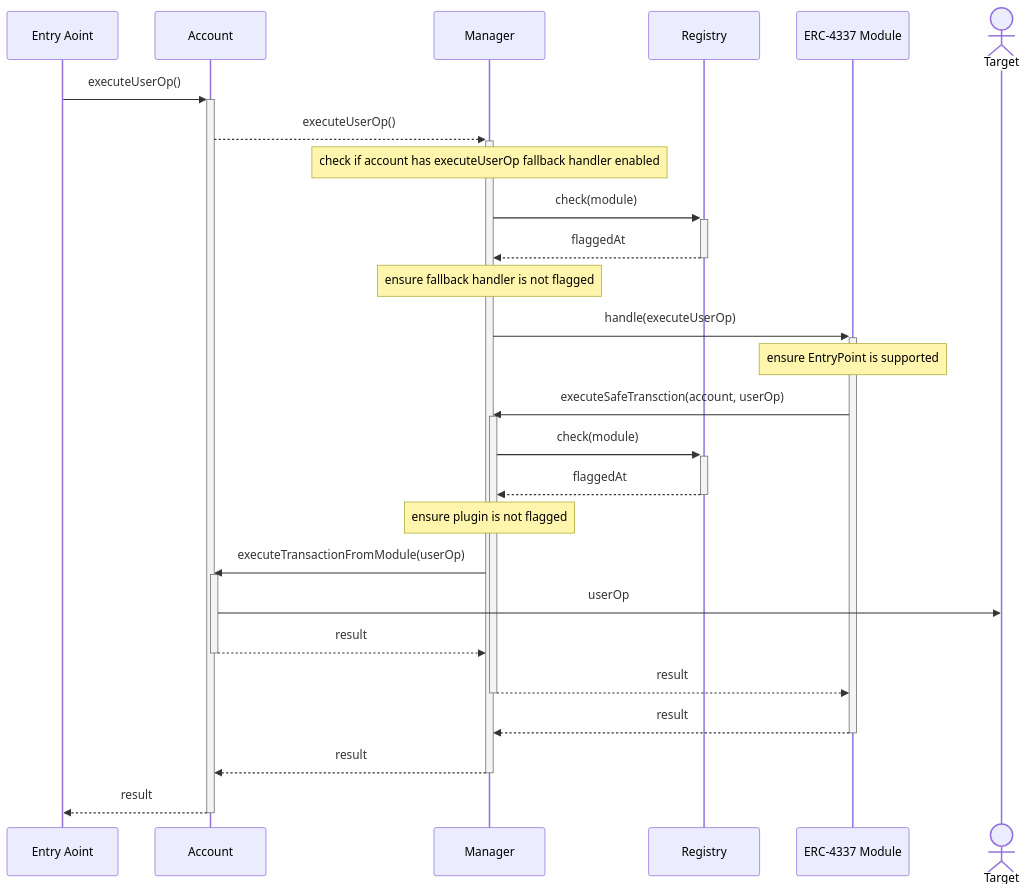
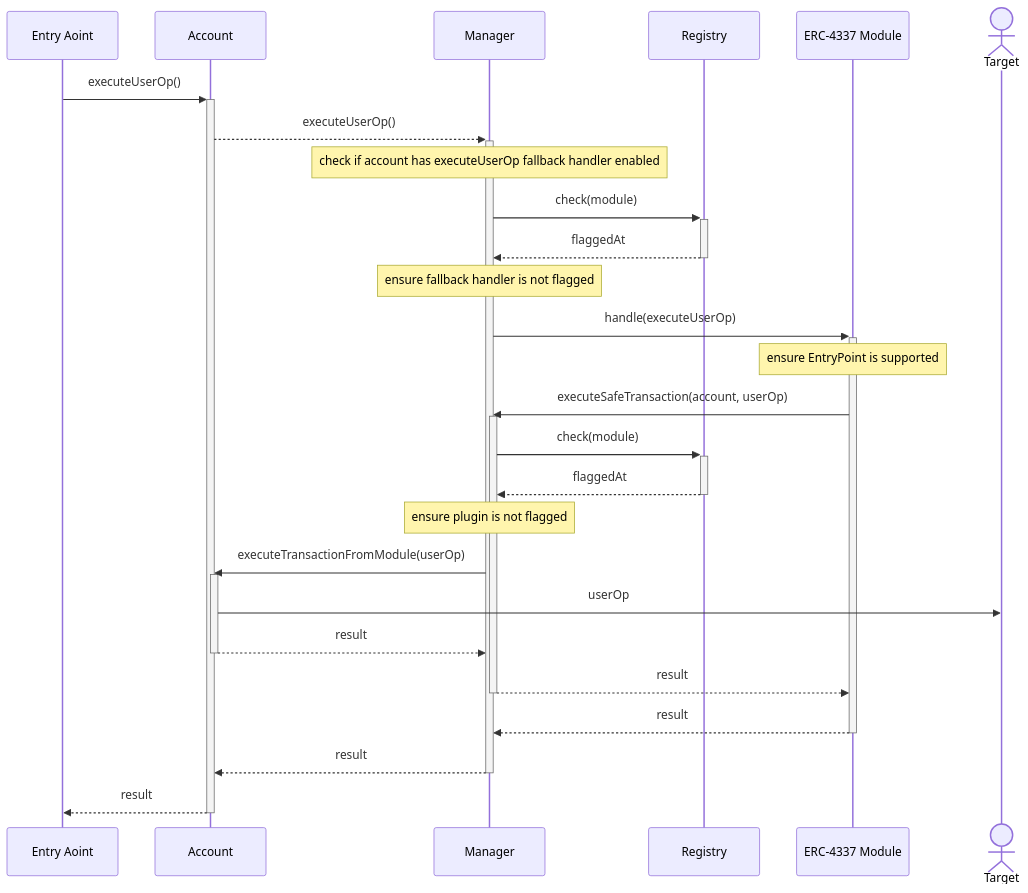
The second of 2 diagrams in manager/4337/README.md (5afe/safe-core-protocol-specs), drawn with Mermaid before and after one commit. The commit also changed 1 other file, not shown here.

Commit message:
Fix typos (#69)

````diff
--- a/manager/4337/README.md
+++ b/manager/4337/README.md
@@ -88,29 +88,29 @@
 ```mermaid
 sequenceDiagram
     participant E as Entry Aoint
     participant A as Account
     participant M as Manager
     participant R as Registry
     participant Mod as ERC-4337 Module
     actor T as Target
 
     E->>+A: executeUserOp()
     A-->>+M: executeUserOp()
     Note over M: check if account has executeUserOp fallback handler enabled
     M->>+R: check(module)
     R-->>-M: flaggedAt
     Note over M: ensure fallback handler is not flagged
     M->>+Mod: handle(executeUserOp)
     Note over Mod: ensure EntryPoint is supported
-    Mod->>+M: executeSafeTransction(account, userOp)
+    Mod->>+M: executeSafeTransaction(account, userOp)
     M->>+R: check(module)
     R-->>-M: flaggedAt
     Note over M: ensure plugin is not flagged
     M->>+A: executeTransactionFromModule(userOp)
     A->>T: userOp
     A-->>-M: result
     M-->>-Mod: result
     Mod-->>-M: result
     M-->>-A: result
     A-->>-E: result
 ```
````
